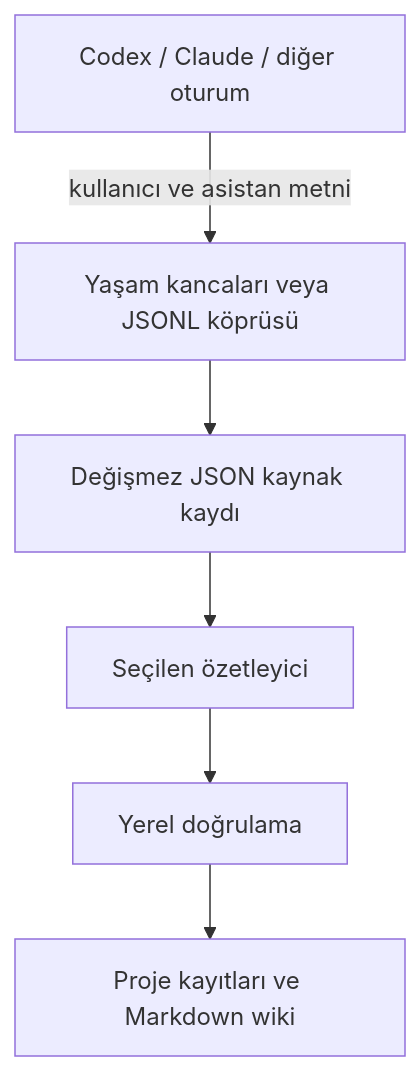
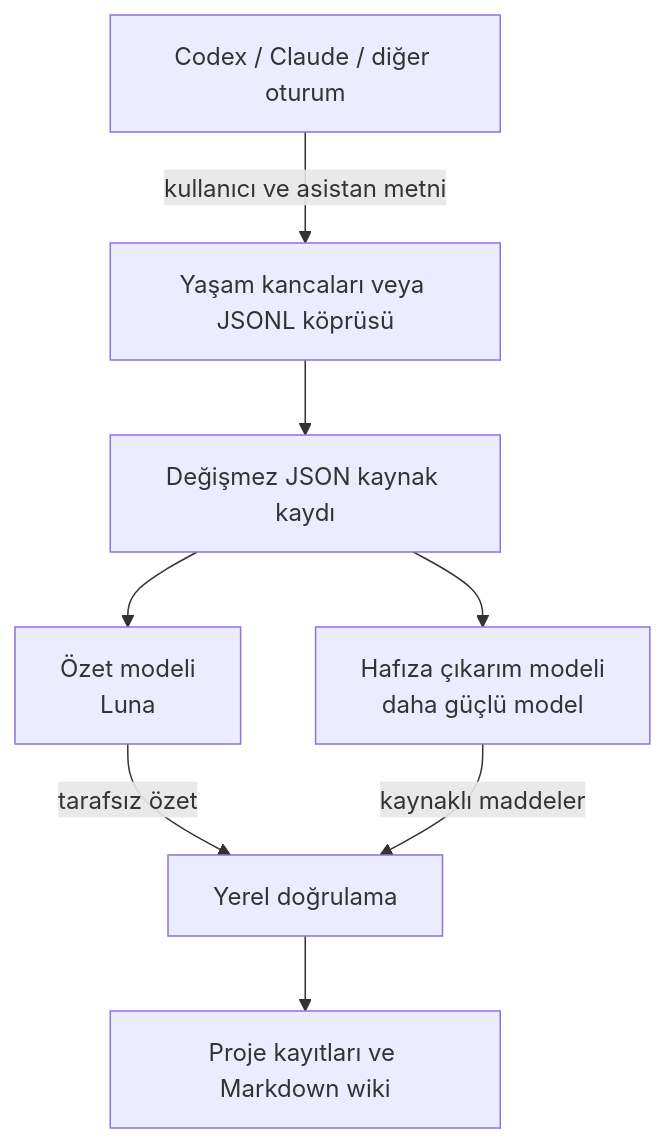
The diagram in README.tr.md (noon49-code/SourceNest), drawn with Mermaid before and after one commit. The commit also changed other lines of this file and 9 other files, not shown here.

```diff
--- a/README.tr.md
+++ b/README.tr.md
@@ -13,8 +13,10 @@
 ~~~mermaid
 flowchart TD
     A[Codex / Claude / diğer oturum] -->|kullanıcı ve asistan metni| B[Yaşam kancaları veya JSONL köprüsü]
     B --> C[Değişmez JSON kaynak kaydı]
-    C --> D[Seçilen özetleyici]
-    D --> E[Yerel doğrulama]
+    C --> D1[Özet modeli<br/>Luna]
+    C --> D2[Hafıza çıkarım modeli<br/>daha güçlü model]
+    D1 -->|tarafsız özet| E[Yerel doğrulama]
+    D2 -->|kaynaklı maddeler| E
     E --> F[Proje kayıtları ve Markdown wiki]
 ~~~
```
